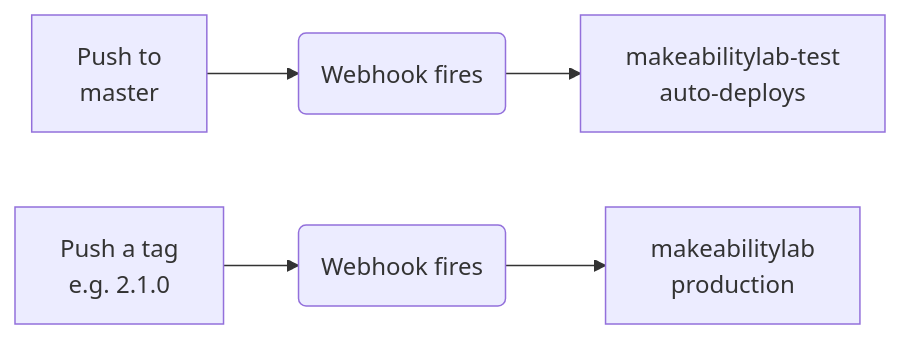
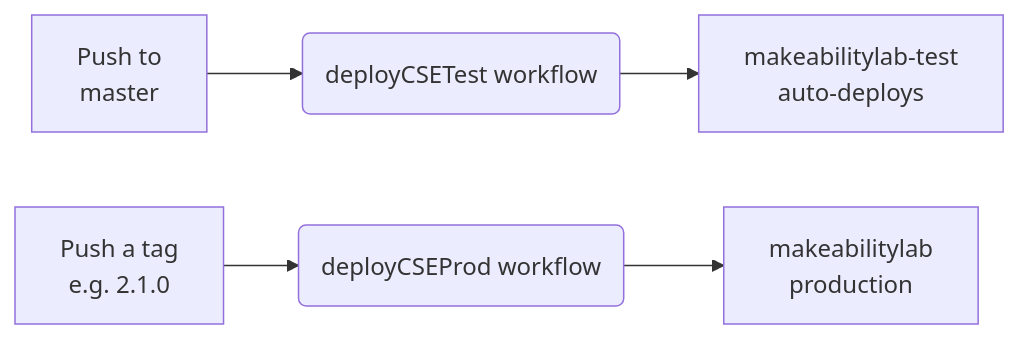
One commit to makeabilitylab/makeabilitylabwebsite changed the diagram in docs/DEPLOYMENT.md. Above: the diagram before and after it, drawn with Mermaid. The commit also changed other lines of this file and 6 other files, not shown here.

````diff
--- a/docs/DEPLOYMENT.md
+++ b/docs/DEPLOYMENT.md
@@ -50,8 +50,8 @@
 ```mermaid
 graph LR
-    A[Push to<br/>master] --> B(Webhook fires)
+    A[Push to<br/>master] --> B(deployCSETest workflow)
     B --> C[makeabilitylab-test<br/>auto-deploys]
 
-    D[Push a tag<br/>e.g. 2.1.0] --> E(Webhook fires)
+    D[Push a tag<br/>e.g. 2.1.0] --> E(deployCSEProd workflow)
     E --> F[makeabilitylab<br/>production]
 ```
````
